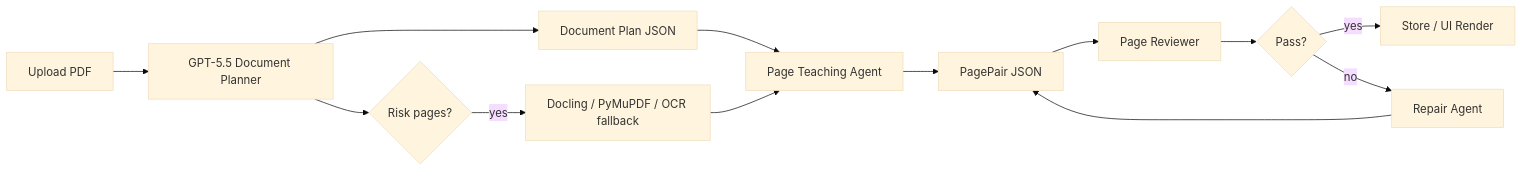
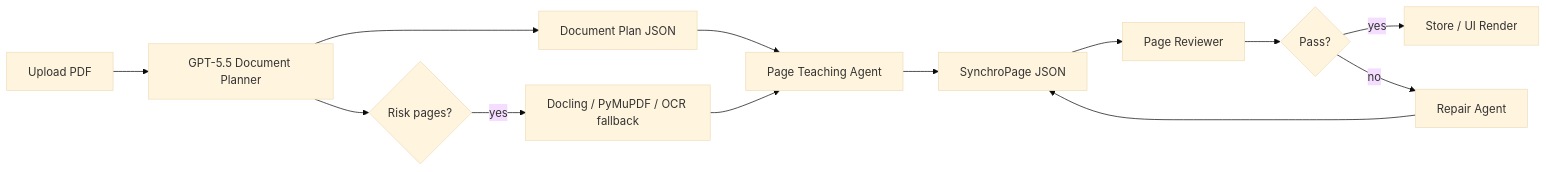
Before and after one commit to HarryFang30/SynchroPage: the diagram in docs/architecture/course-pdf-agent-framework.md, drawn with Mermaid (base theme). The commit also changed other lines of this file and 32 other files, not shown here.

Commit message:
rebrand app as SynchroPage

````diff
--- a/docs/architecture/course-pdf-agent-framework.md
+++ b/docs/architecture/course-pdf-agent-framework.md
@@ -48,15 +48,15 @@
 ```mermaid
 flowchart LR
     A["Upload PDF"] --> B["GPT-5.5 Document Planner"]
     B --> C["Document Plan JSON"]
     C --> D["Page Teaching Agent"]
-    D --> E["PagePair JSON"]
+    D --> E["SynchroPage JSON"]
     E --> F["Page Reviewer"]
     F --> G{Pass?}
     G -- yes --> H["Store / UI Render"]
     G -- no --> I["Repair Agent"]
     I --> E
     B --> J{Risk pages?}
     J -- yes --> K["Docling / PyMuPDF / OCR fallback"]
     K --> D
 ```
````
